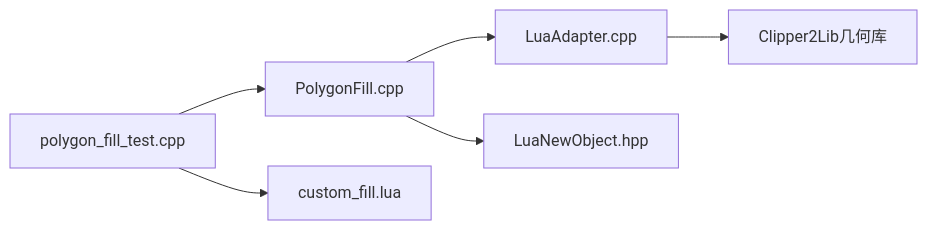
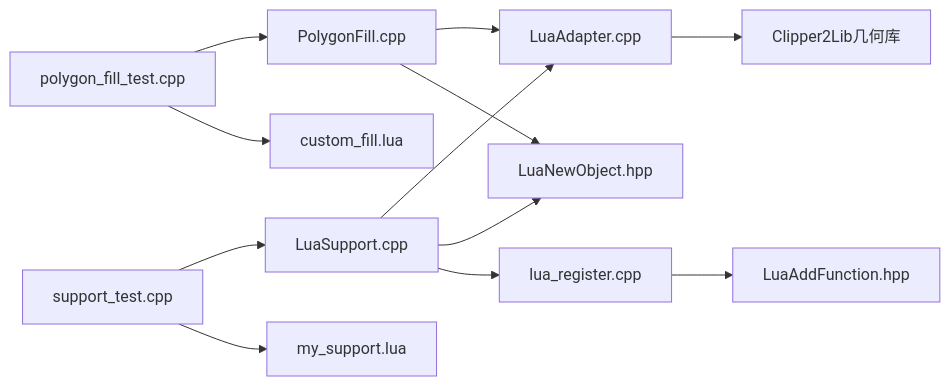
One commit to hsmbanlance/HsBaSlicer changed the sixth of 6 diagrams in .qoder/repowiki/zh/content/扩展与集成/Lua脚本扩展.md. Above: the diagram before and after it, drawn with Mermaid. The commit also changed other lines of this file and 9 other files, not shown here.

````diff
--- a/.qoder/repowiki/zh/content/扩展与集成/Lua脚本扩展.md
+++ b/.qoder/repowiki/zh/content/扩展与集成/Lua脚本扩展.md
@@ -209,8 +340,14 @@
 ```mermaid
 graph LR
 PF["PolygonFill.cpp"] --> LA["LuaAdapter.cpp"]
 PF --> LNO["LuaNewObject.hpp"]
+LS["LuaSupport.cpp"] --> LA
+LS --> LNO
+LS --> LR["lua_register.cpp"]
+LR --> RAF["LuaAddFunction.hpp"]
 LA --> CL["Clipper2Lib几何库"]
 PFT["polygon_fill_test.cpp"] --> PF
 PFT --> CF["custom_fill.lua"]
+ST["support_test.cpp"] --> LS
+ST --> MS["my_support.lua"]
 ```
````
